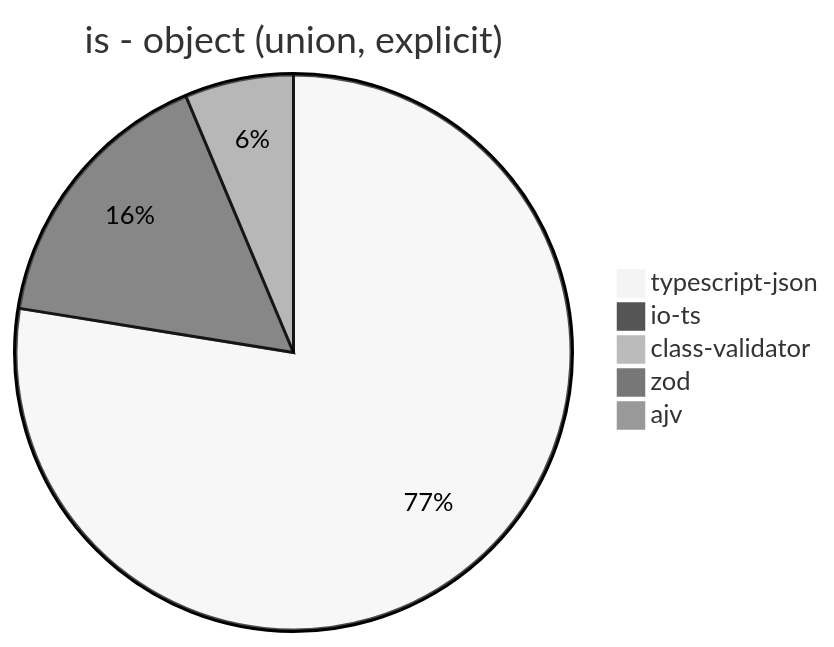
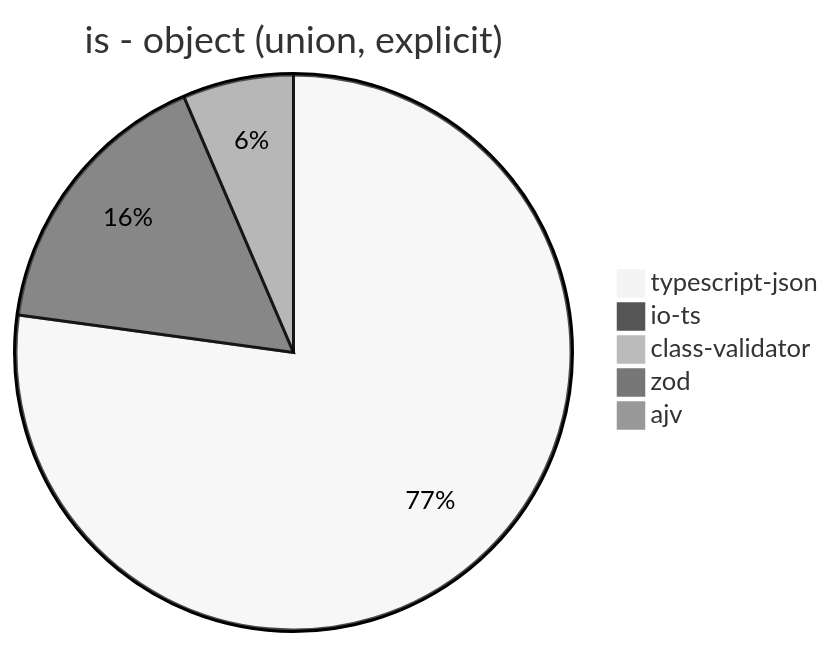
The third of 32 diagrams in benchmark/results/AMD Ryzen 7 5800H with Radeon Graphics.md (samchon/typia), drawn with Mermaid (neutral theme) before and after one commit. The commit also changed other lines of this file and 7 other files, not shown here.

````diff
--- a/benchmark/results/AMD Ryzen 7 5800H with Radeon Graphics.md
+++ b/benchmark/results/AMD Ryzen 7 5800H with Radeon Graphics.md
@@ -41,8 +41,8 @@
 ```mermaid
 pie title is - object (union, explicit)
-  "typescript-json": 14748.950921364714
-  "io-ts": 3068.2788051209104
-  "class-validator": 0
-  "zod": 34.44444444444444
-  "ajv": 1203.4353193773484
+  "typescript-json": 14951.241453760345
+  "io-ts": 3176.027274358514
+  "class-validator": 16.05049594229035
+  "zod": 34.47024673439768
+  "ajv": 1248.7671232876712
 ```
````
